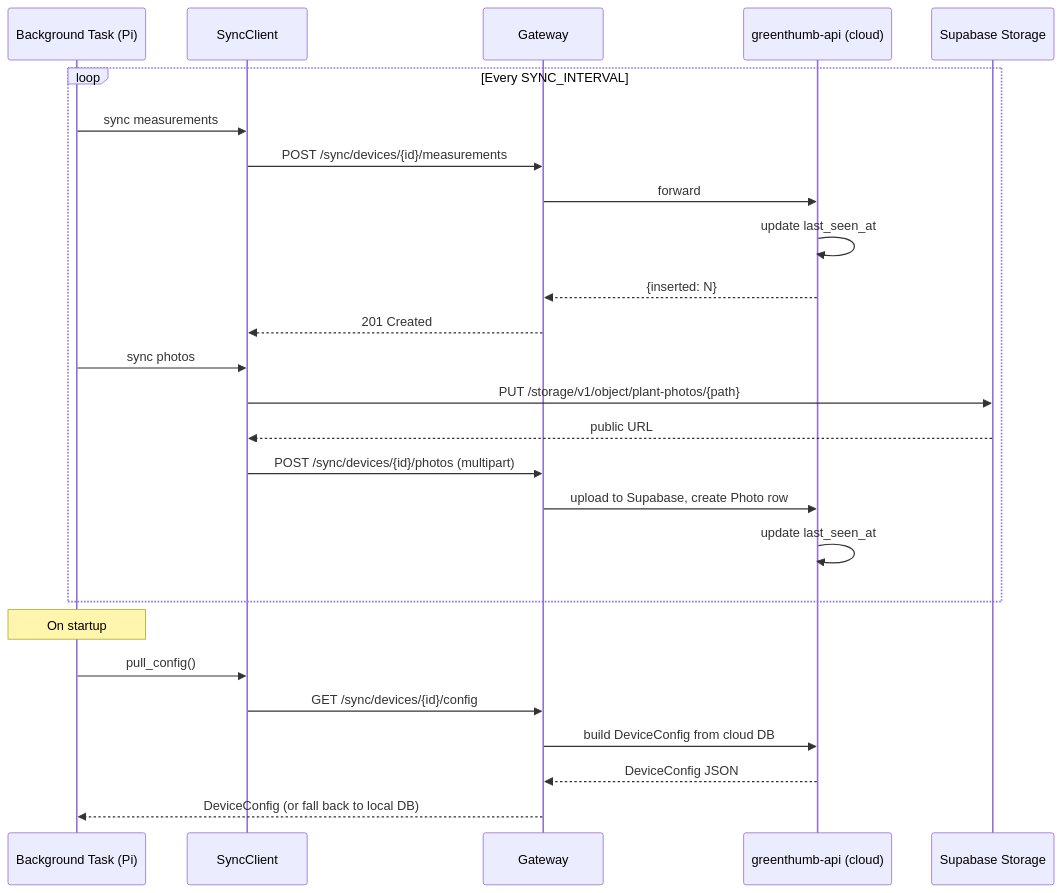
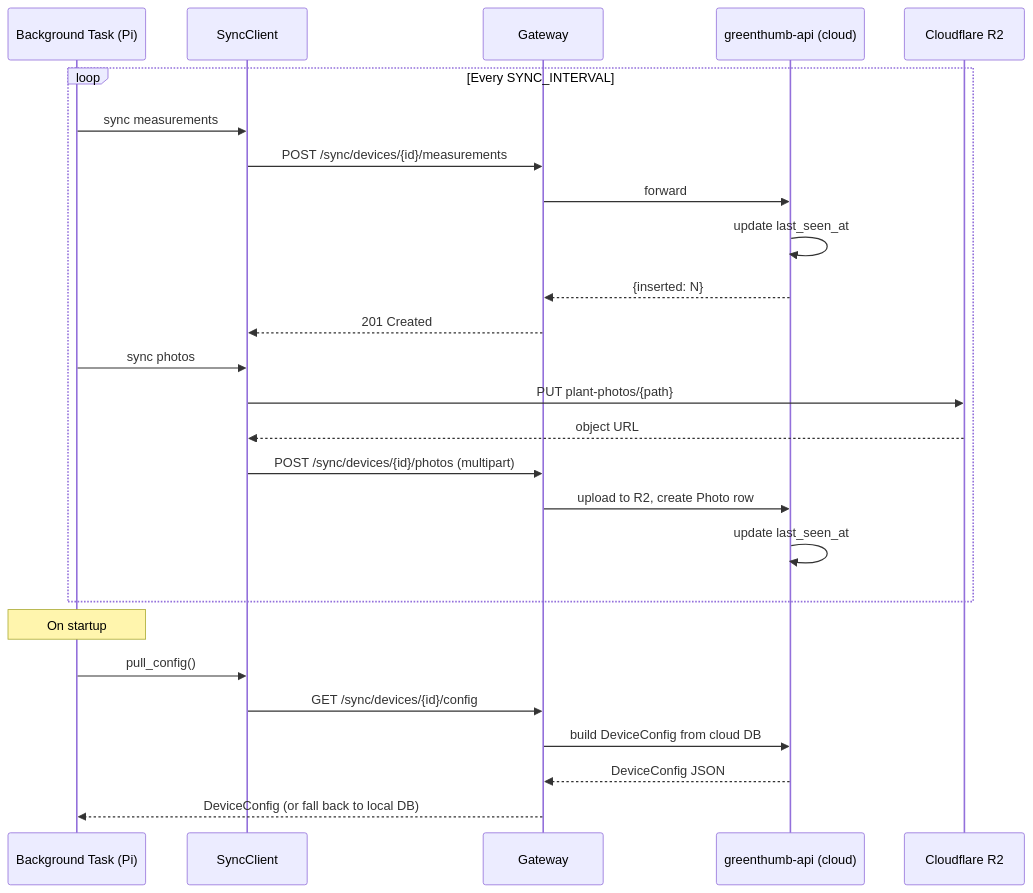
Before and after one commit to GreenThumbProject/docs: the third of 3 diagrams in docs/architecture/overview.md, drawn with Mermaid. The commit also changed other lines of this file and 15 other files, not shown here.

````diff
--- a/docs/architecture/overview.md
+++ b/docs/architecture/overview.md
@@ -151,31 +151,31 @@
 ```mermaid
 sequenceDiagram
     participant BG as Background Task (Pi)
     participant SYNC as SyncClient
     participant GW as Gateway
     participant API as greenthumb-api (cloud)
-    participant SUPA as Supabase Storage
+    participant SUPA as Cloudflare R2
 
     loop Every SYNC_INTERVAL
         BG->>SYNC: sync measurements
         SYNC->>GW: POST /sync/devices/{id}/measurements
         GW->>API: forward
         API->>API: update last_seen_at
         API-->>GW: {inserted: N}
         GW-->>SYNC: 201 Created
 
         BG->>SYNC: sync photos
-        SYNC->>SUPA: PUT /storage/v1/object/plant-photos/{path}
-        SUPA-->>SYNC: public URL
+        SYNC->>SUPA: PUT plant-photos/{path}
+        SUPA-->>SYNC: object URL
         SYNC->>GW: POST /sync/devices/{id}/photos (multipart)
-        GW->>API: upload to Supabase, create Photo row
+        GW->>API: upload to R2, create Photo row
         API->>API: update last_seen_at
     end
 
     Note over BG: On startup
     BG->>SYNC: pull_config()
     SYNC->>GW: GET /sync/devices/{id}/config
     GW->>API: build DeviceConfig from cloud DB
     API-->>GW: DeviceConfig JSON
     GW-->>BG: DeviceConfig (or fall back to local DB)
 ```
````
